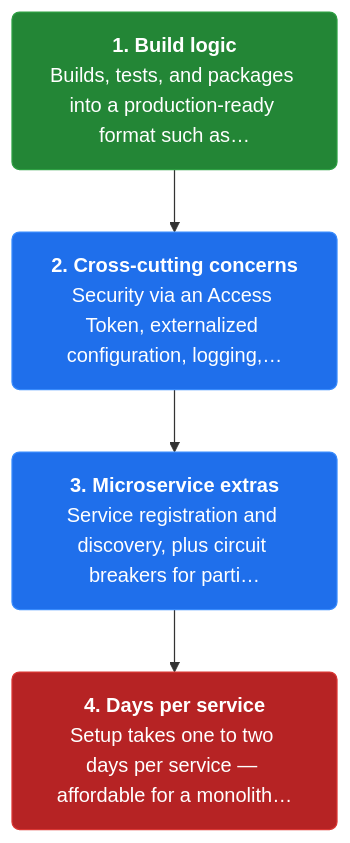
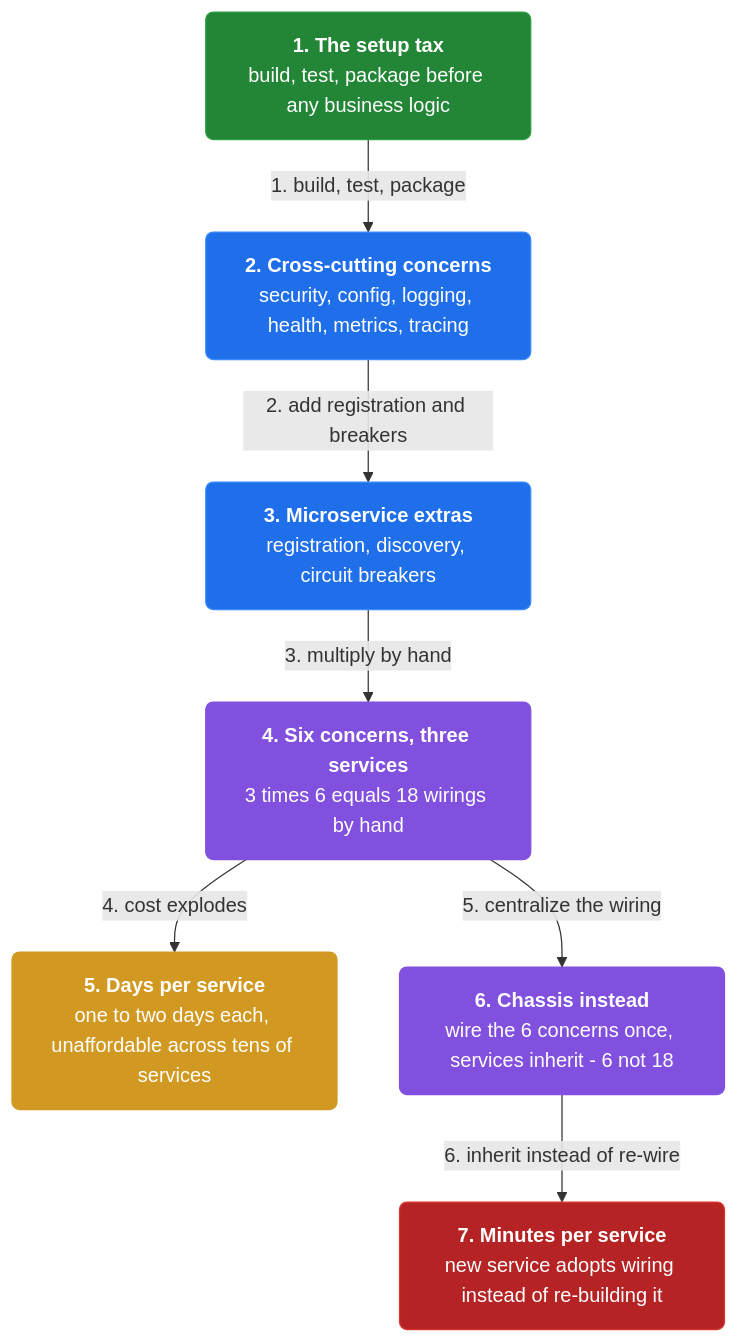
The first of 4 diagrams in docs/ch30-microservice-chassis.md (vinayakuber/microservices-io-study-guide), drawn with Mermaid before and after one commit. The commit also changed other lines of this file and 46 other files, not shown here.

First line of the commit message:
Author rich branching flow diagrams for all 44 chapters

````diff
--- a/docs/ch30-microservice-chassis.md
+++ b/docs/ch30-microservice-chassis.md
@@ -13,13 +13,21 @@
 ```mermaid
 flowchart TD
-  classDef step fill:#1f6feb,color:#ffffff,stroke:#388bfd,stroke-width:1px,rx:6
+  classDef step fill:#1f6feb,color:#ffffff,stroke:#388bfd,rx:6
+  classDef core fill:#8250df,color:#ffffff,stroke:#8250df,rx:6
+  classDef warn fill:#d29922,color:#ffffff,stroke:#d29922,rx:6
   classDef start fill:#238636,color:#ffffff,stroke:#2ea043,rx:6
   classDef stop fill:#b62324,color:#ffffff,stroke:#da3633,rx:6
-  s0n0["<b>1. Build logic</b><br/>Builds, tests, and packages into a production-ready format such as…"]:::start
-  s0n1["<b>2. Cross-cutting concerns</b><br/>Security via an Access Token, externalized configuration, logging,…"]:::step
-  s0n2["<b>3. Microservice extras</b><br/>Service registration and discovery, plus circuit breakers for parti…"]:::step
-  s0n3["<b>4. Days per service</b><br/>Setup takes one to two days per service — affordable for a monolith…"]:::stop
-  s0n0 --> s0n1
-  s0n1 --> s0n2
-  s0n2 --> s0n3
+  n0["<b>1. The setup tax</b><br/>build, test, package before any business logic"]:::start
+  n1["<b>2. Cross-cutting concerns</b><br/>security, config, logging, health, metrics, tracing"]:::step
+  n2["<b>3. Microservice extras</b><br/>registration, discovery, circuit breakers"]:::step
+  n3["<b>4. Six concerns, three services</b><br/>3 times 6 equals 18 wirings by hand"]:::core
+  n4["<b>5. Days per service</b><br/>one to two days each, unaffordable across tens of services"]:::warn
+  n5["<b>6. Chassis instead</b><br/>wire the 6 concerns once, services inherit - 6 not 18"]:::core
+  n6["<b>7. Minutes per service</b><br/>new service adopts wiring instead of re-building it"]:::stop
+  n0 -->|"1. build, test, package"| n1
+  n1 -->|"2. add registration and breakers"| n2
+  n2 -->|"3. multiply by hand"| n3
+  n3 -->|"4. cost explodes"| n4
+  n3 -->|"5. centralize the wiring"| n5
+  n5 -->|"6. inherit instead of re-wire"| n6
 ```
````
